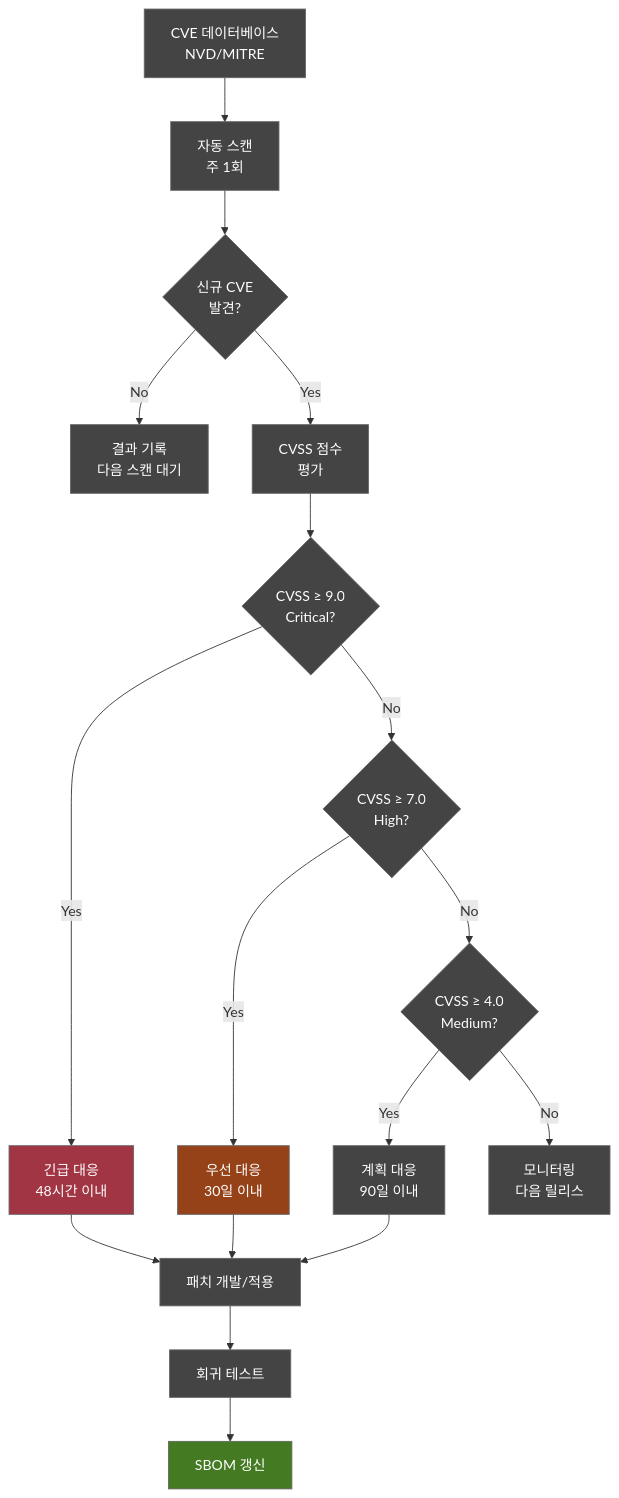
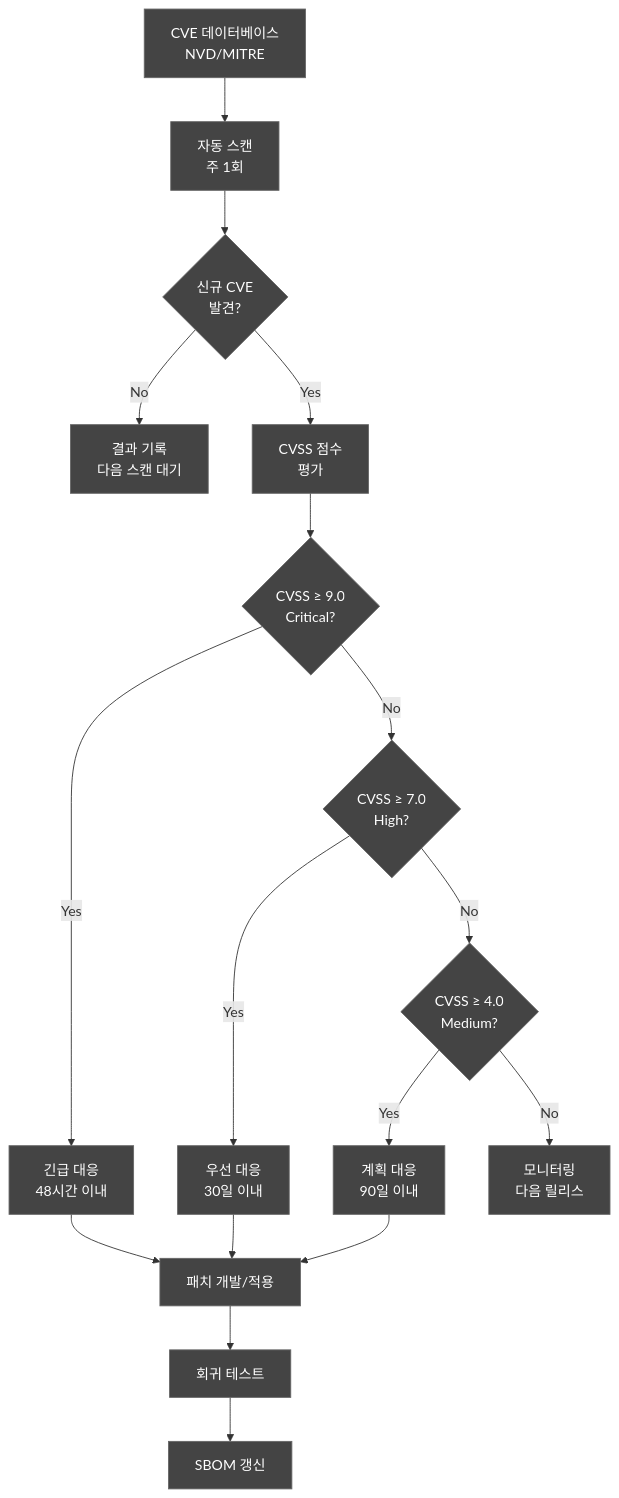
Before and after one commit to holee9/console-gui: the third of 5 diagrams in docs/regulatory/DOC-019_SBOM_v1.0.md, drawn with Mermaid. The commit also changed other lines of this file and 35 other files, not shown here.

First line of the commit message:
fix: 전체 Mermaid 차트 색상 진한 회색 통일

````diff
--- a/docs/regulatory/DOC-019_SBOM_v1.0.md
+++ b/docs/regulatory/DOC-019_SBOM_v1.0.md
@@ -280,25 +280,25 @@
 ```mermaid
 flowchart TD
     A[CVE 데이터베이스<br/>NVD/MITRE] --> B[자동 스캔<br/>주 1회]
     B --> C{신규 CVE<br/>발견?}
     C -->|No| D[결과 기록<br/>다음 스캔 대기]
     C -->|Yes| E[CVSS 점수<br/>평가]
     E --> F{CVSS ≥ 9.0<br/>Critical?}
     F -->|Yes| G[긴급 대응<br/>48시간 이내]
     F -->|No| H{CVSS ≥ 7.0<br/>High?}
     H -->|Yes| I[우선 대응<br/>30일 이내]
     H -->|No| J{CVSS ≥ 4.0<br/>Medium?}
     J -->|Yes| K[계획 대응<br/>90일 이내]
     J -->|No| L[모니터링<br/>다음 릴리스]
     
     G --> M[패치 개발/적용]
     I --> M
     K --> M
     M --> N[회귀 테스트]
     N --> O[SBOM 갱신]
     
     classDef default fill:#444,stroke:#666,color:#fff
-    style G fill:#A13544,color:#fff
-    style I fill:#964219,color:#fff
-    style O fill:#437A22,color:#fff
+    style G fill:#444,color:#fff
+    style I fill:#444,color:#fff
+    style O fill:#444,color:#fff
 ```
````
